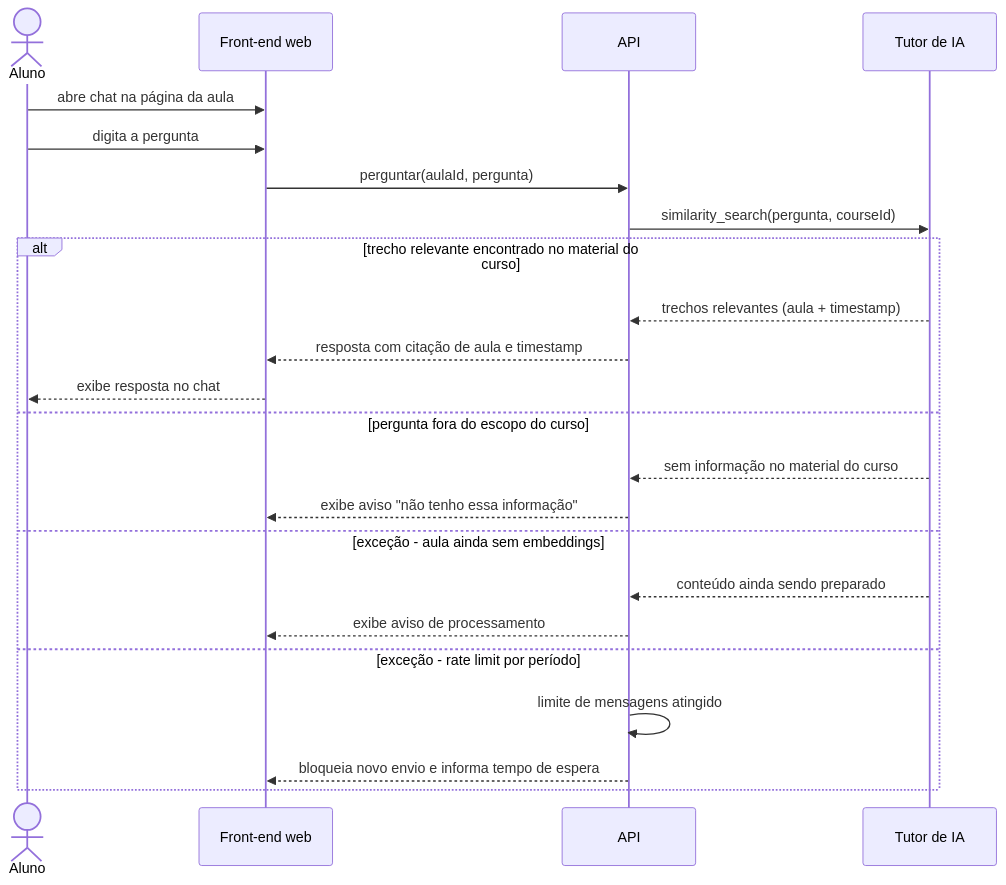
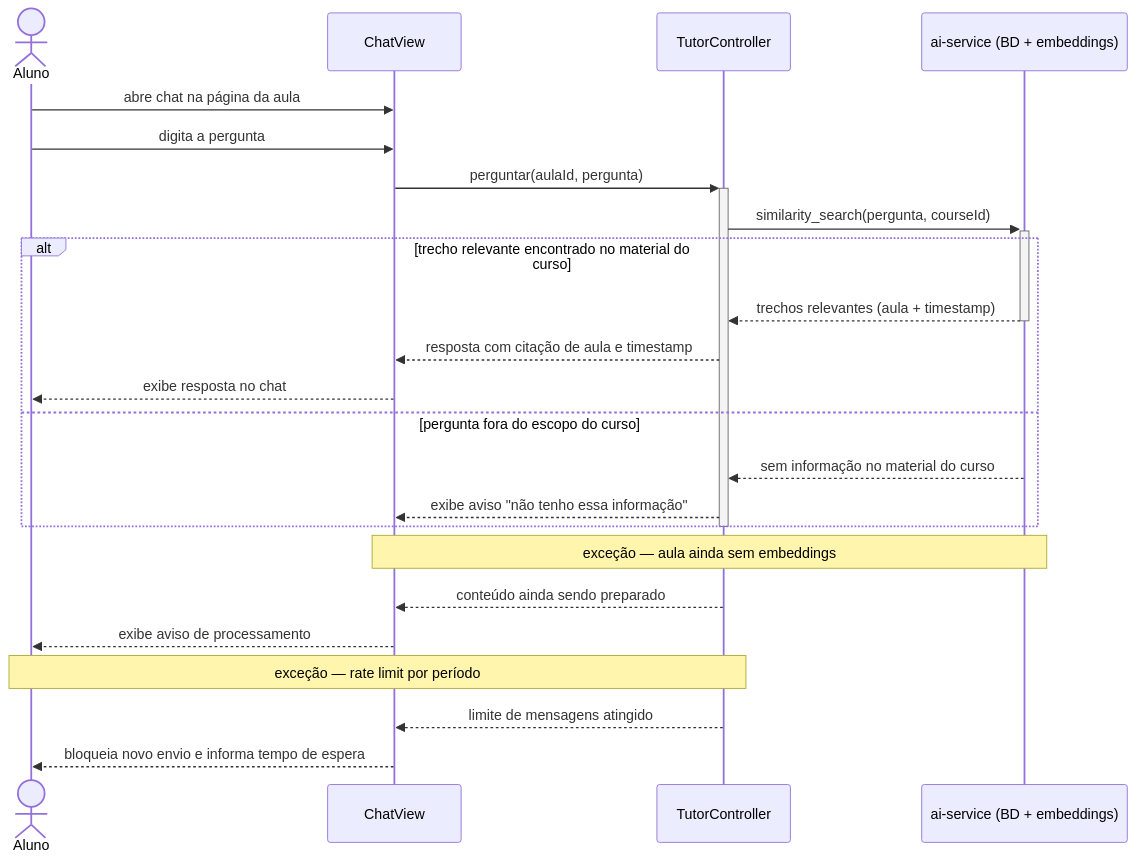
The diagram in docs/ssd/UC001-conversar-com-tutor-de-ia.md (Plataforma-de-Cursos-TCC/plataforma-cursos-docs), drawn with Mermaid before and after one commit. The commit also changed other lines of this file and 12 other files, not shown here.

First line of the commit message:
Reconcile sequence and class diagrams with v11 figures

````diff
--- a/docs/ssd/UC001-conversar-com-tutor-de-ia.md
+++ b/docs/ssd/UC001-conversar-com-tutor-de-ia.md
@@ -6,26 +5,29 @@
 ```mermaid
 sequenceDiagram
     actor Aluno
-    participant ChatView as Front-end web
-    participant TutorController as API
-    participant ai as Tutor de IA
+    participant ChatView
+    participant TutorController
+    participant ai as ai-service (BD + embeddings)
 
     Aluno->>ChatView: abre chat na página da aula
     Aluno->>ChatView: digita a pergunta
-    ChatView->>TutorController: perguntar(aulaId, pergunta)
-    TutorController->>ai: similarity_search(pergunta, courseId)
+    ChatView->>+TutorController: perguntar(aulaId, pergunta)
+    TutorController->>+ai: similarity_search(pergunta, courseId)
     alt trecho relevante encontrado no material do curso
-        ai-->>TutorController: trechos relevantes (aula + timestamp)
+        ai-->>-TutorController: trechos relevantes (aula + timestamp)
         TutorController-->>ChatView: resposta com citação de aula e timestamp
         ChatView-->>Aluno: exibe resposta no chat
     else pergunta fora do escopo do curso
         ai-->>TutorController: sem informação no material do curso
         TutorController-->>ChatView: exibe aviso "não tenho essa informação"
-    else exceção - aula ainda sem embeddings
-        ai-->>TutorController: conteúdo ainda sendo preparado
-        TutorController-->>ChatView: exibe aviso de processamento
-    else exceção - rate limit por período
-        TutorController->>TutorController: limite de mensagens atingido
-        TutorController-->>ChatView: bloqueia novo envio e informa tempo de espera
     end
+    deactivate TutorController
+
+    Note over ChatView,ai: exceção — aula ainda sem embeddings
+    TutorController-->>ChatView: conteúdo ainda sendo preparado
+    ChatView-->>Aluno: exibe aviso de processamento
+
+    Note over Aluno,TutorController: exceção — rate limit por período
+    TutorController-->>ChatView: limite de mensagens atingido
+    ChatView-->>Aluno: bloqueia novo envio e informa tempo de espera
 ```
````
